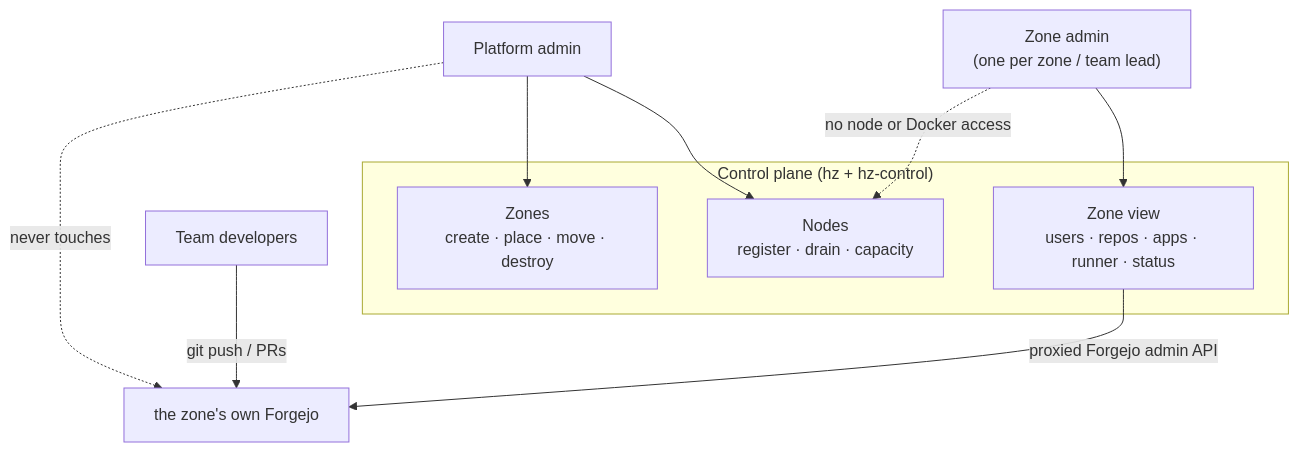
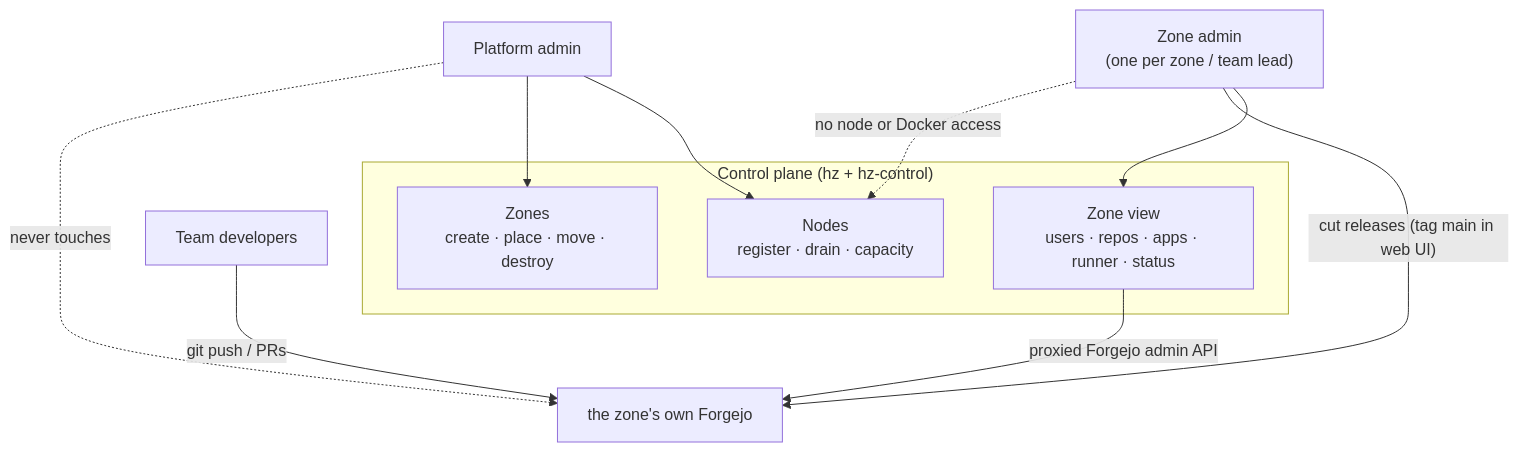
One commit to johnjoeallen/ignition changed the diagram in docs/roles.md. Above: the diagram before and after it, drawn with Mermaid. The commit also changed other lines of this file and 6 other files, not shown here.

First line of the commit message:
Deploy on release tags, cut from the Forgejo web UI

````diff
--- a/docs/roles.md
+++ b/docs/roles.md
@@ -5,21 +5,22 @@
 ```mermaid
 flowchart TB
     pa["Platform admin"]
     za["Zone admin<br/>(one per zone / team lead)"]
     dev["Team developers"]
 
     subgraph cp["Control plane (hz + hz-control)"]
         nodes["Nodes<br/>register · drain · capacity"]
         zones["Zones<br/>create · place · move · destroy"]
         zoneview["Zone view<br/>users · repos · apps · runner · status"]
     end
 
     pa --> nodes
     pa --> zones
     za --> zoneview
     zoneview -->|"proxied Forgejo admin API"| forgejo["the zone's own Forgejo"]
+    za -->|"cut releases (tag main in web UI)"| forgejo
     dev -->|git push / PRs| forgejo
 
     pa -. "never touches" .-> forgejo
     za -. "no node or Docker access" .-> nodes
 ```
````
